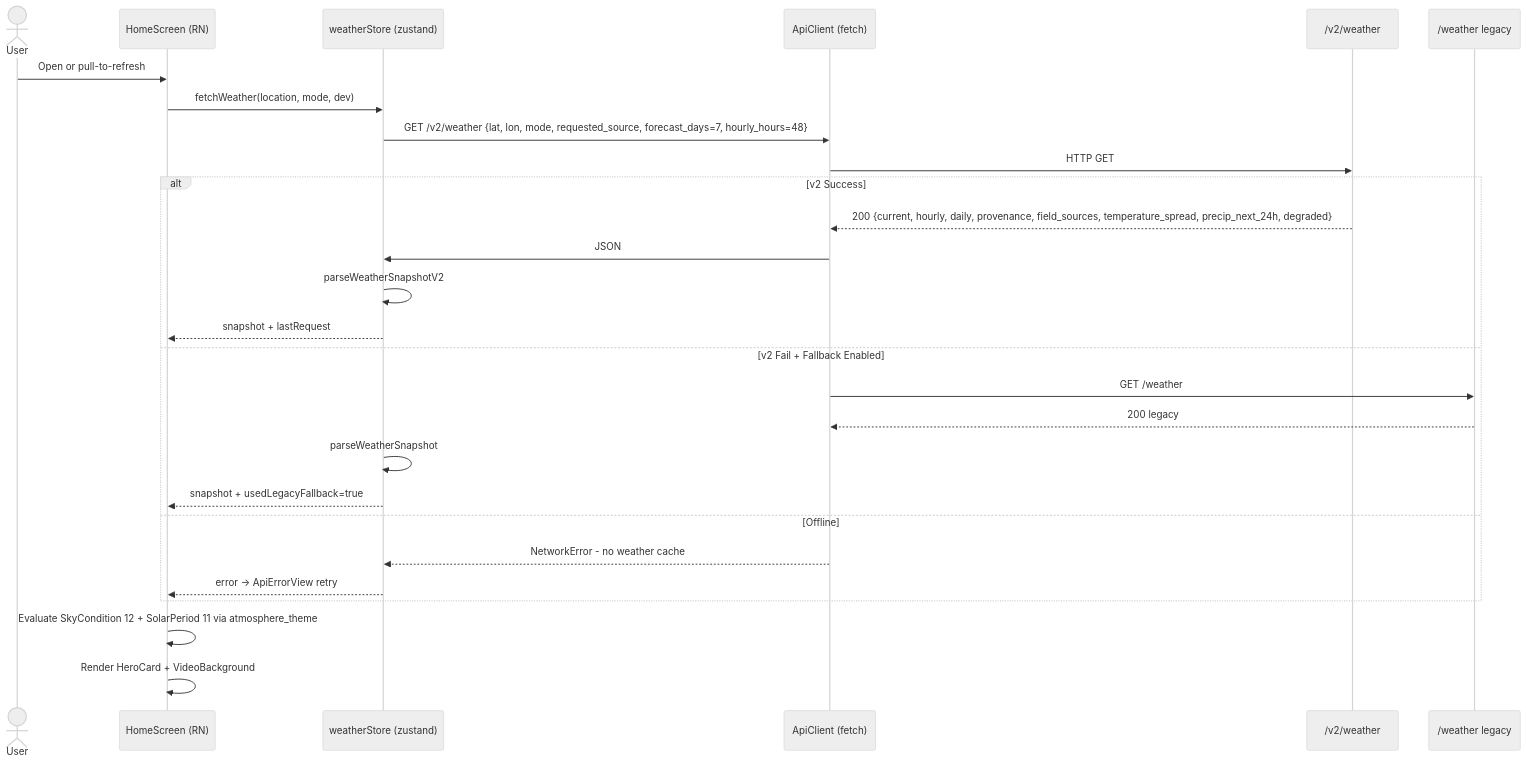
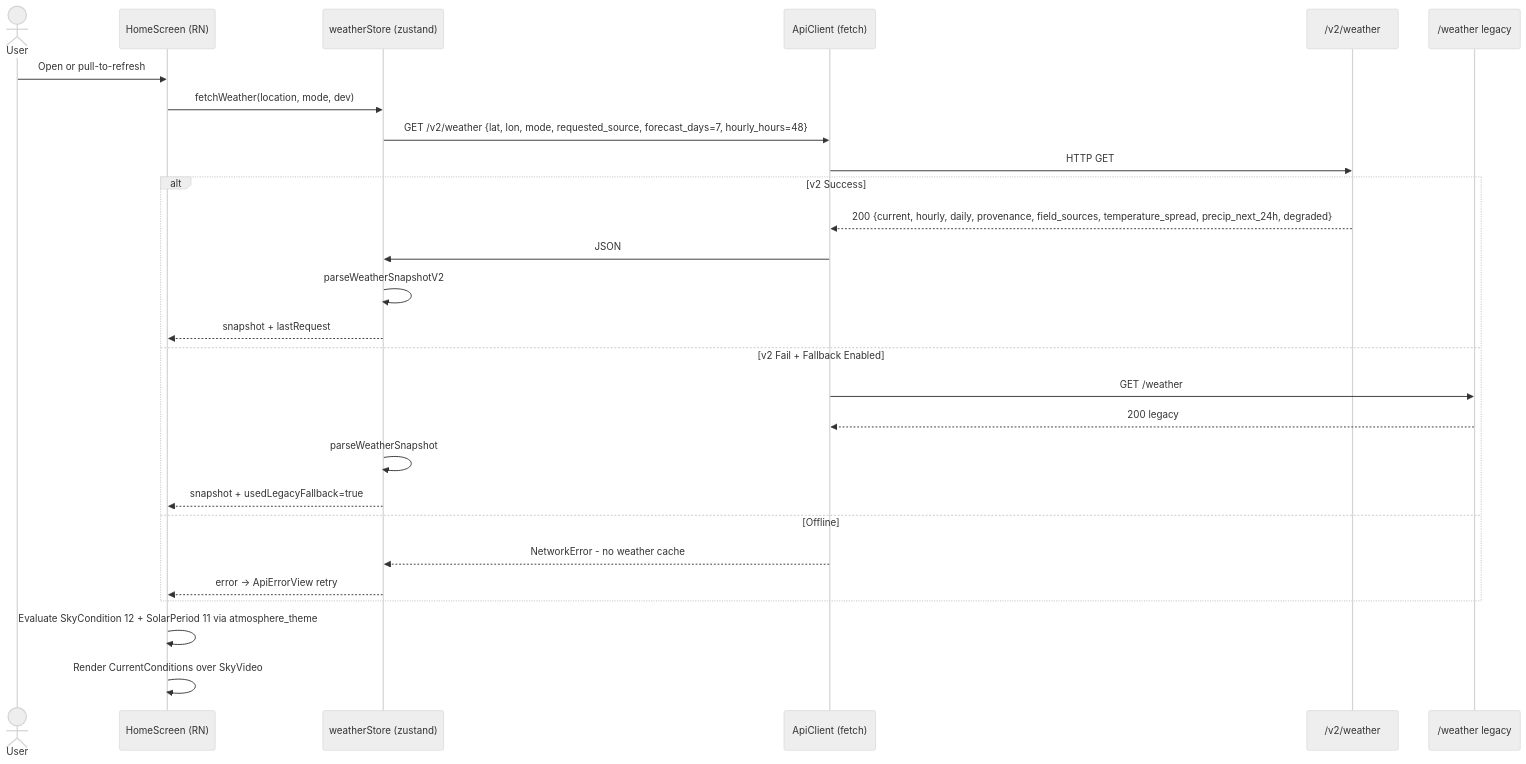
The fourth of 7 diagrams in ARCHITECTURE.md (omsenjalia/weathergpt-app), drawn with Mermaid (neutral theme) before and after one commit. The commit also changed other lines of this file and 67 other files, not shown here.

````diff
--- a/ARCHITECTURE.md
+++ b/ARCHITECTURE.md
@@ -407,32 +388,32 @@
 ```mermaid
 sequenceDiagram
     actor User
     participant App as HomeScreen (RN)
     participant Store as weatherStore (zustand)
     participant Client as ApiClient (fetch)
     participant APIv2 as /v2/weather
     participant API as /weather legacy
 
     User->>App: Open or pull-to-refresh
     App->>Store: fetchWeather(location, mode, dev)
     Store->>Client: GET /v2/weather {lat, lon, mode, requested_source, forecast_days=7, hourly_hours=48}
     Client->>APIv2: HTTP GET
 
     alt v2 Success
         APIv2-->>Client: 200 {current, hourly, daily, provenance, field_sources, temperature_spread, precip_next_24h, degraded}
         Client->>Store: JSON
         Store->>Store: parseWeatherSnapshotV2
         Store-->>App: snapshot + lastRequest
     else v2 Fail + Fallback Enabled
         Client->>API: GET /weather
         API-->>Client: 200 legacy
         Store->>Store: parseWeatherSnapshot
         Store-->>App: snapshot + usedLegacyFallback=true
     else Offline
         Client-->>Store: NetworkError - no weather cache
         Store-->>App: error -> ApiErrorView retry
     end
 
     App->>App: Evaluate SkyCondition 12 + SolarPeriod 11 via atmosphere_theme
-    App->>App: Render HeroCard + VideoBackground
+    App->>App: Render CurrentConditions over SkyVideo
 ```
````
